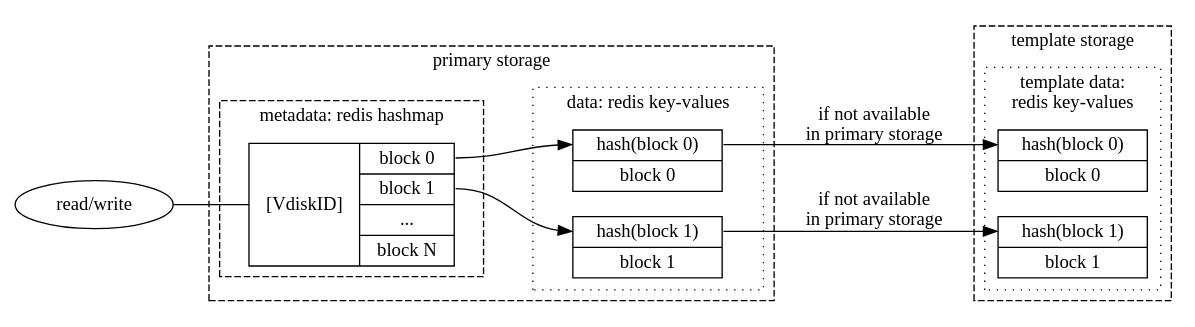
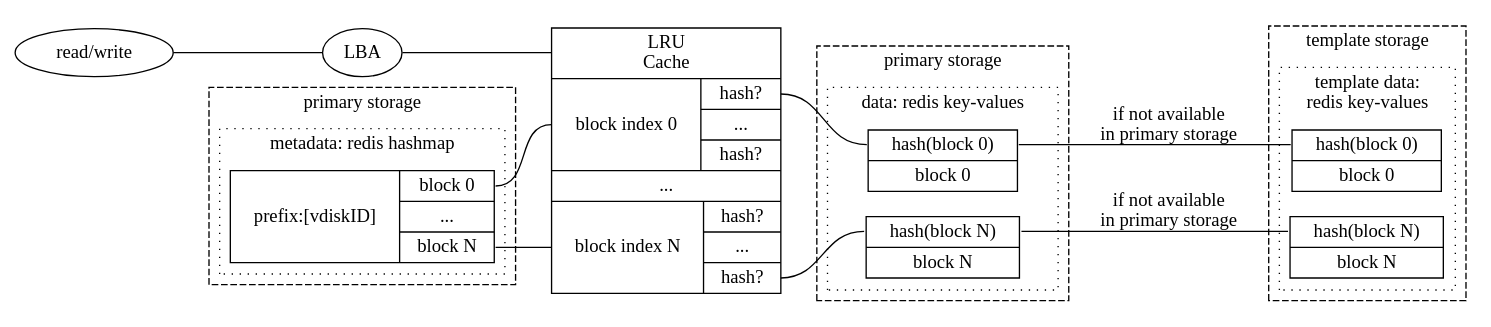
Before and after one commit to GlenDC/blockstor: the diagram in docs/assets/src/nbd_deduped_storage.dot, drawn with Graphviz. The commit also changed 7 other files, not shown here.

```diff
--- a/docs/assets/src/nbd_deduped_storage.dot
+++ b/docs/assets/src/nbd_deduped_storage.dot
@@ -1,65 +1,93 @@
-digraph {
+graph {
     rankdir = "LR"
 
-    subgraph clusterPrimaryStorage {
+    subgraph clusterPrimaryMetadataStorage {
+        label = "primary storage"
+        style = "dashed"
+
+        subgraph clusterMetadata {
+            label = "metadata: redis hashmap"
+            style = "dotted"
+
+            metadata [
+                label = "{ prefix:[vdiskID] |
+                    { <b0> block 0 |  ... | <bn> block N } }"
+                shape = "record"
+            ]
+        }
+    }
+
+    rw [ label = "read/write" ]
+
+    lba [
+        label = "LBA"
+        shape = "oval"
+    ]
+
+    cache [
+        label = "<s> LRU\nCache |
+            { <t0> block index 0 |
+                { <h00> hash? | ... | <h0n> hash? } }
+            | ... |
+            { <tn> block index N |
+                { <h10> hash? | ... | <h1n> hash? } }
+            "
+        shape = "record"
+    ]
+
+    subgraph clusterPrimaryDataStorage {
         label = "primary storage"
         style = "dashed"
         
         subgraph clusterData {
             label = "data: redis key-values"
             style = "dotted"
 
             block0 [
                 label = "<h> hash(block 0) | block 0"
                 shape = "record"
             ]
 
             block1 [
-                label = "<h> hash(block 1) | block 1"
-                shape = "record"
-            ]
-        }
-        
-        subgraph clusterMetadata {
-            label = "metadata: redis hashmap"
-
-            lba [
-                label = "{ [VdiskID] | { <b0> block 0 | <b1> block 1 |  ... | block N } }"
+                label = "<h> hash(block N) | block N"
                 shape = "record"
             ]
         }
     }
-    
-    rw [ label = "read/write" ]
-    rw -> lba [ dir = "none" ]
 
-    lba:b0 -> block0:h
-    lba:b1 -> block1:h
+    rw -- lba
+    lba -- cache:s
+
+    metadata:b0 -- cache:t0
+    metadata:bn -- cache:tn
+
+    cache:h00 -- block0:h
+    cache:h1n -- block1:h
 
     subgraph clusterTemplateStorage {
         label = "template storage"
         style = "dashed"
         
         subgraph clusterTemplateData {
             label = "template data:\nredis key-values"
             style = "dotted"
 
             templateBlock0 [
                 label = "<h> hash(block 0) | block 0"
                 shape = "record"
             ]
 
             templateBlock1 [
-                label = "<h> hash(block 1) | block 1"
+                label = "<h> hash(block N) | block N"
                 shape = "record"
             ]
         }
     }
 
-    block0:h -> templateBlock0:h [
+    block0:h -- templateBlock0:h [
         label = "if not available\nin primary storage"
     ]
-    block1:h -> templateBlock1:h [
+    block1:h -- templateBlock1:h [
         label = "if not available\nin primary storage"
     ]
 }
```
